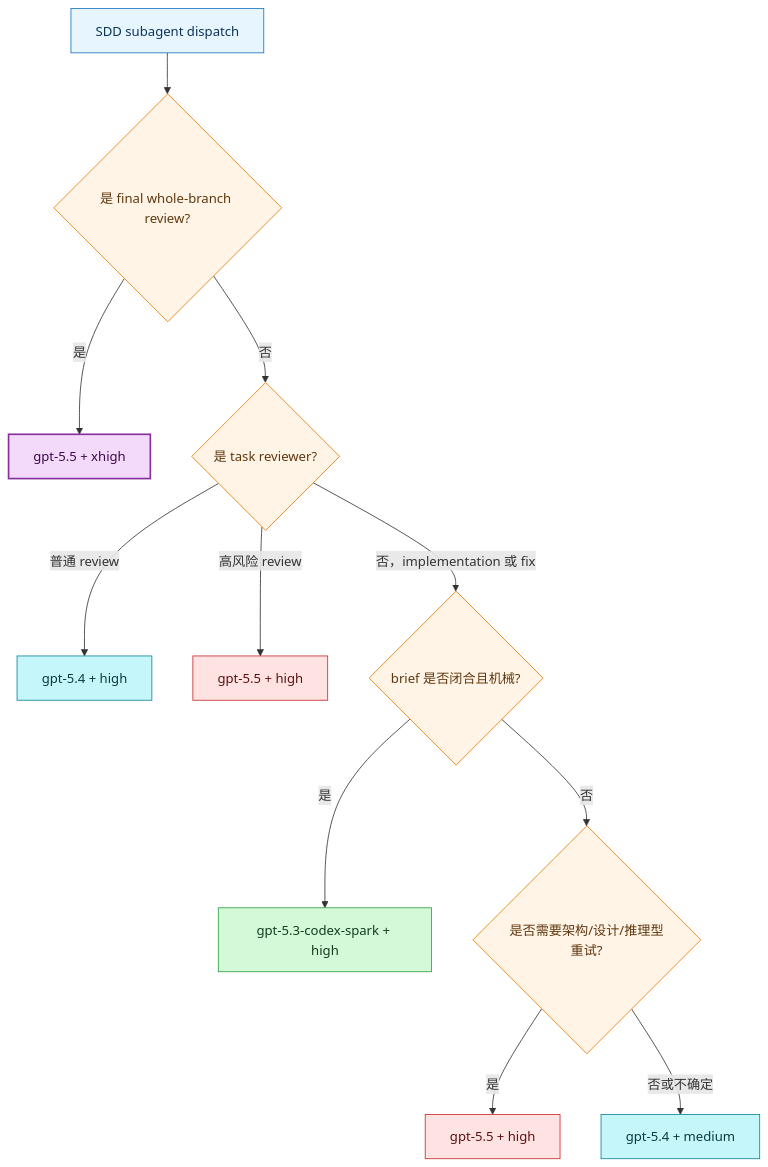
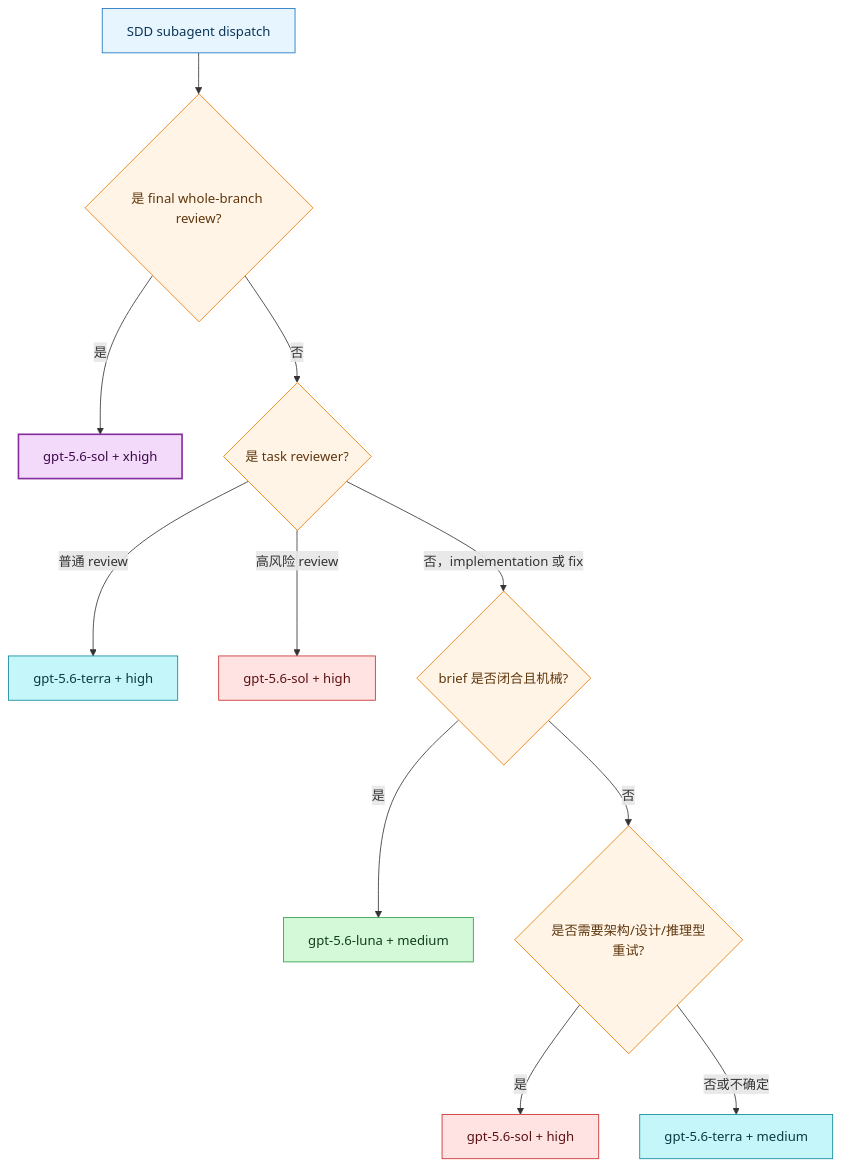
One commit to LetTTGACO/blog.1874.cool changed the diagram in src/content/post/codex-superpowers.md. Above: the diagram before and after it, drawn with Mermaid. The commit also changed other lines of this file and 2 other files, not shown here.

````diff
--- a/src/content/post/codex-superpowers.md
+++ b/src/content/post/codex-superpowers.md
@@ -173,27 +176,27 @@
 ```mermaid
 flowchart TD
   A[SDD subagent dispatch] --> B{是 final whole-branch review?}
-  B -->|是| F["gpt-5.5 + xhigh"]
+  B -->|是| F["gpt-5.6-sol + xhigh"]
   B -->|否| C{是 task reviewer?}
-  C -->|普通 review| R1["gpt-5.4 + high"]
-  C -->|高风险 review| R2["gpt-5.5 + high"]
+  C -->|普通 review| R1["gpt-5.6-terra + high"]
+  C -->|高风险 review| R2["gpt-5.6-sol + high"]
   C -->|否，implementation 或 fix| D{brief 是否闭合且机械?}
-  D -->|是| I1["gpt-5.3-codex-spark + high"]
+  D -->|是| I1["gpt-5.6-luna + medium"]
   D -->|否| E{是否需要架构/设计/推理型重试?}
-  E -->|是| I3["gpt-5.5 + high"]
-  E -->|否或不确定| I2["gpt-5.4 + medium"]
+  E -->|是| I3["gpt-5.6-sol + high"]
+  E -->|否或不确定| I2["gpt-5.6-terra + medium"]
 
   classDef start fill:#e7f5ff,stroke:#1971c2,color:#0b3558,stroke-width:1px;
   classDef decision fill:#fff4e6,stroke:#e67700,color:#5f370e,stroke-width:1px;
   classDef cheap fill:#d3f9d8,stroke:#2f9e44,color:#143d1f,stroke-width:1px;
   classDef standard fill:#c5f6fa,stroke:#0c8599,color:#083b43,stroke-width:1px;
   classDef strong fill:#ffe3e3,stroke:#c92a2a,color:#5c1111,stroke-width:1px;
   classDef final fill:#f3d9fa,stroke:#862e9c,color:#3d0b49,stroke-width:2px;
 
   class A start;
   class B,C,D,E decision;
   class I1 cheap;
   class I2,R1 standard;
   class I3,R2 strong;
   class F final;
 ```
````
